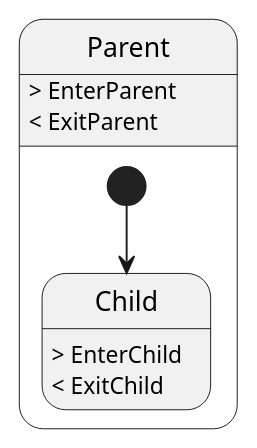
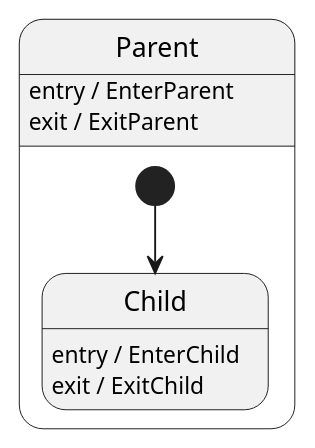
One commit to TobTheRock/phytofsm changed the third of 4 diagrams in README.md. Above: the diagram before and after it, drawn with PlantUML. The commit also changed other lines of this file and 5 other files, not shown here.

First line of the commit message:
refactor: use UML syntax for enter/exit

````diff
--- a/README.md
+++ b/README.md
@@ -77,11 +78,11 @@
 ```puml
 state Parent {
-  Parent: > EnterParent
-  Parent: < ExitParent
+  Parent: entry / EnterParent
+  Parent: exit / ExitParent
 
-  state Child : > EnterChild
-  state Child : < ExitChild
+  state Child : entry / EnterChild
+  state Child : exit / ExitChild
 
   [*] --> Child
 }
 ```
````
